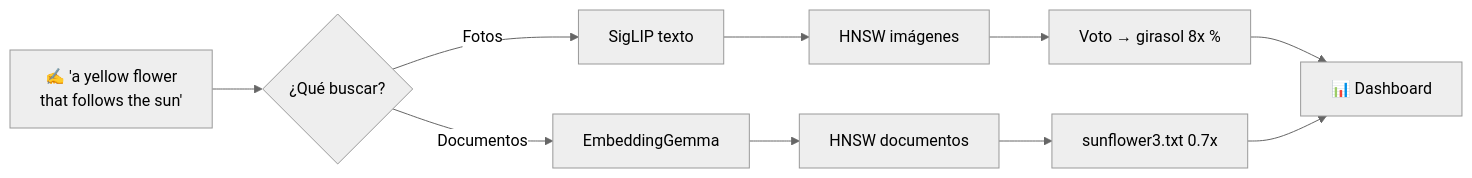
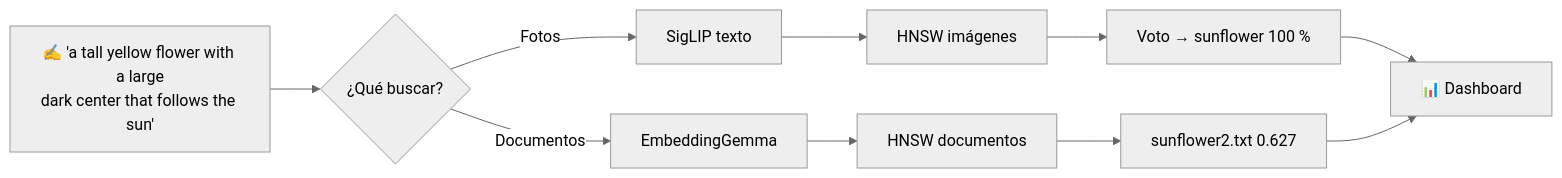
The sixth of 9 diagrams in docs/PRD.md (Juan-GuevaraBusta/search-engine-hnsw), drawn with Mermaid (neutral theme) before and after one commit. The commit also changed other lines of this file, not shown here.

````diff
--- a/docs/PRD.md
+++ b/docs/PRD.md
@@ -323,8 +323,8 @@
 ```mermaid
 flowchart LR
-    P["✍️ 'a yellow flower<br/>that follows the sun'"] --> A{"¿Qué buscar?"}
-    A -->|"Fotos"| B["SigLIP texto"] --> C["HNSW imágenes"] --> D["Voto → girasol 8x %"]
-    A -->|"Documentos"| E["EmbeddingGemma"] --> F["HNSW documentos"] --> G["sunflower3.txt 0.7x"]
+    P["✍️ 'a tall yellow flower with a large<br/>dark center that follows the sun'"] --> A{"¿Qué buscar?"}
+    A -->|"Fotos"| B["SigLIP texto"] --> C["HNSW imágenes"] --> D["Voto → sunflower 100 %"]
+    A -->|"Documentos"| E["EmbeddingGemma"] --> F["HNSW documentos"] --> G["sunflower2.txt 0.627"]
     D --> R["📊 Dashboard"]
     G --> R
 ```
````
